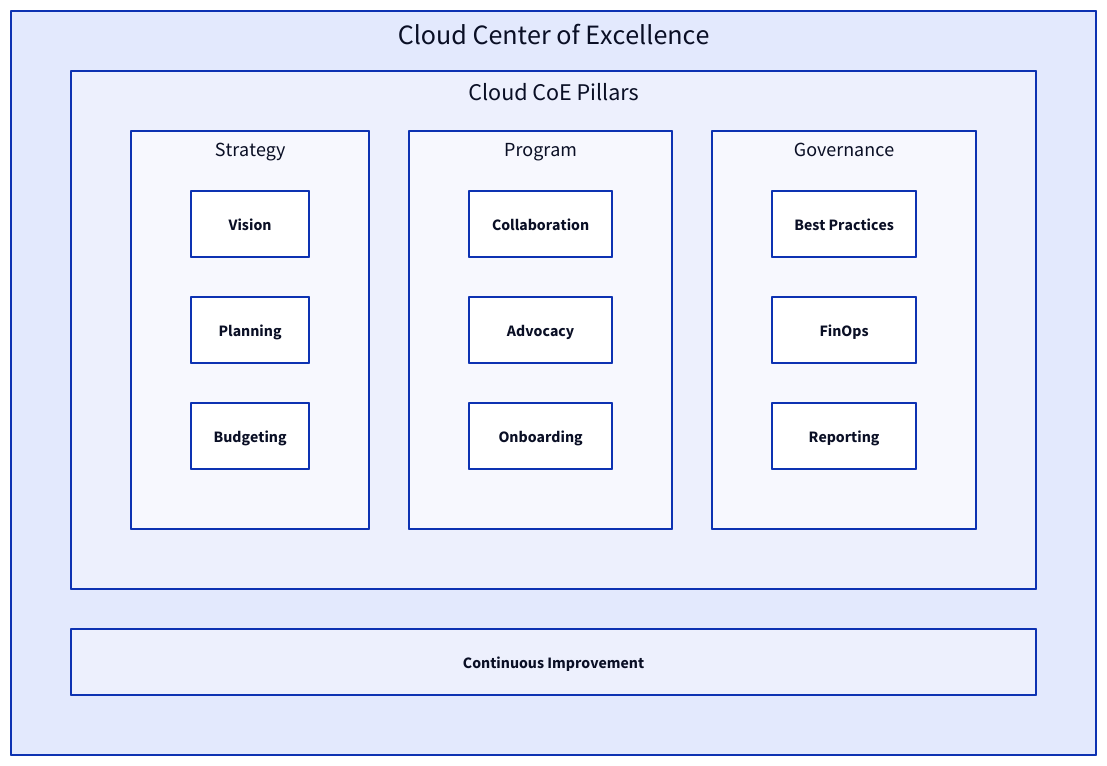
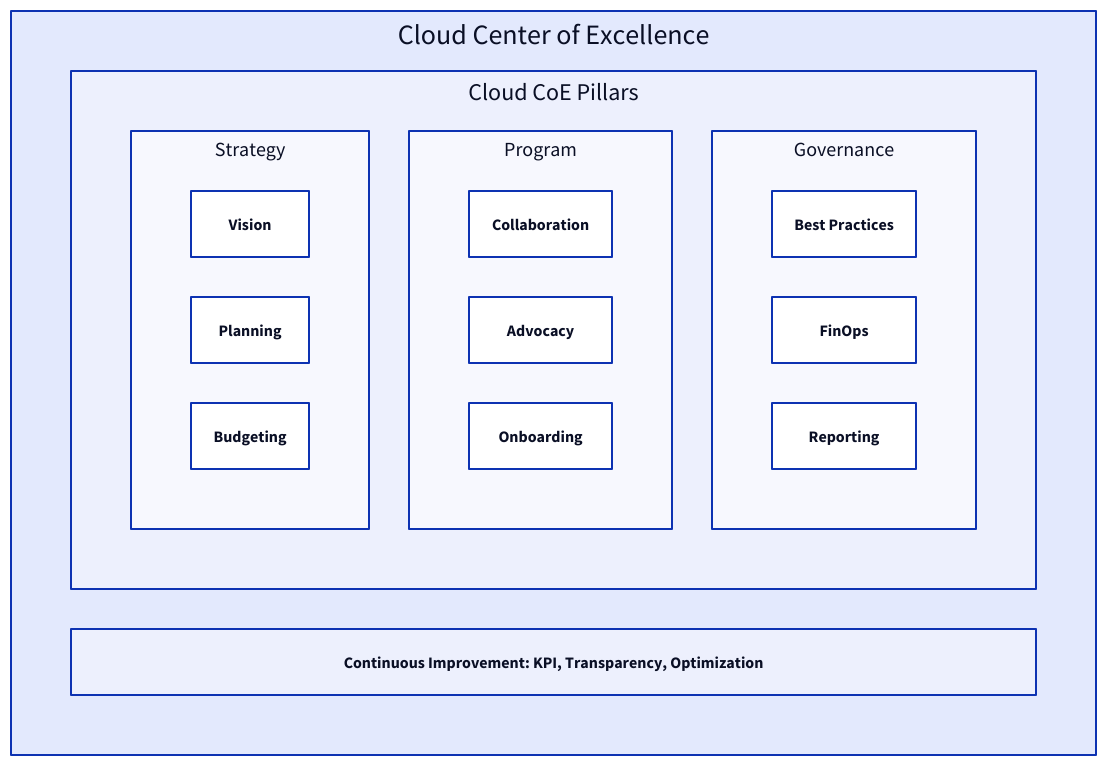
Before and after one commit to pointcloudsw/wce: the first of 2 diagrams in certs/certdocs-main/src/content/docs/en/resources/research/CCoEs.mdx, drawn with D2. The commit also changed other lines of this file and 5 other files, not shown here.

````diff
--- a/certs/certdocs-main/src/content/docs/en/resources/research/CCoEs.mdx
+++ b/certs/certdocs-main/src/content/docs/en/resources/research/CCoEs.mdx
@@ -20,29 +17,30 @@
 ```d2
     grid-columns: 3
 Cloud Center of Excellence: {
     grid-rows: 2
     Cloud CoE Pillars: {
         grid-columns: 3
         grid-rows: 1
         Strategy: {
             grid-rows: 3
             Vision
             Planning
             Budgeting
         }
         Program: {
             grid-rows: 3
             Collaboration
             Advocacy
             Onboarding
         }
         Governance: {
             grid-rows: 3
             Best Practices
             FinOps
             Reporting
         }
     }
-    Continuous Improvement
+    
+    Continuous Improvement\: KPI, Transparency, Optimization
 }
 ```
````
